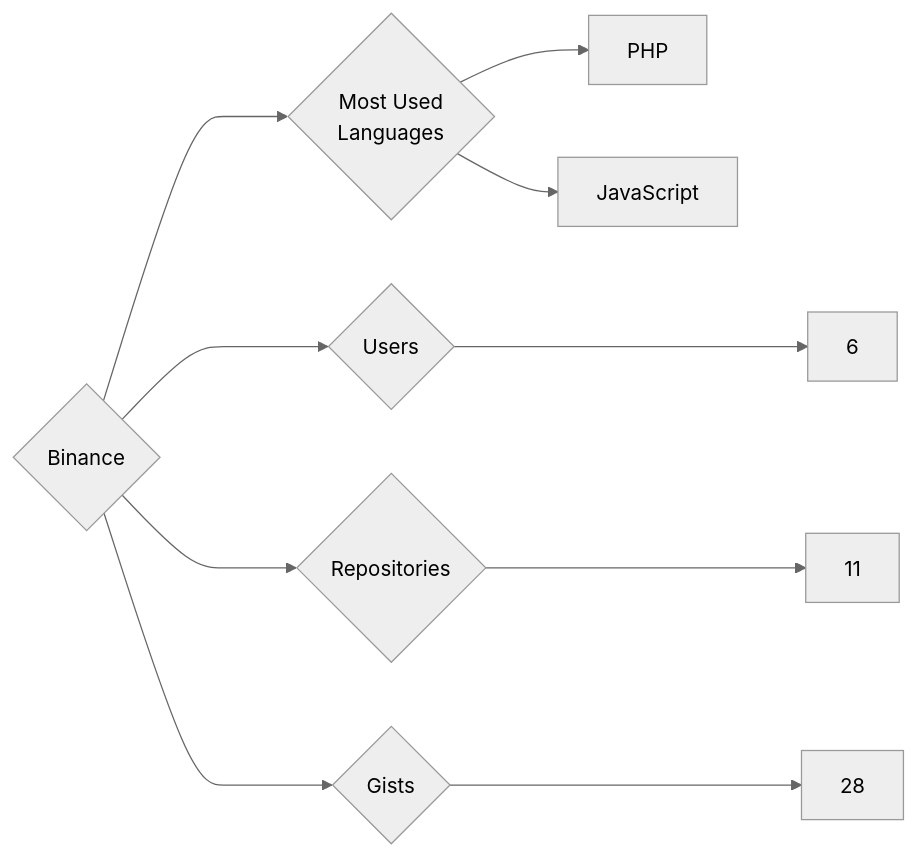
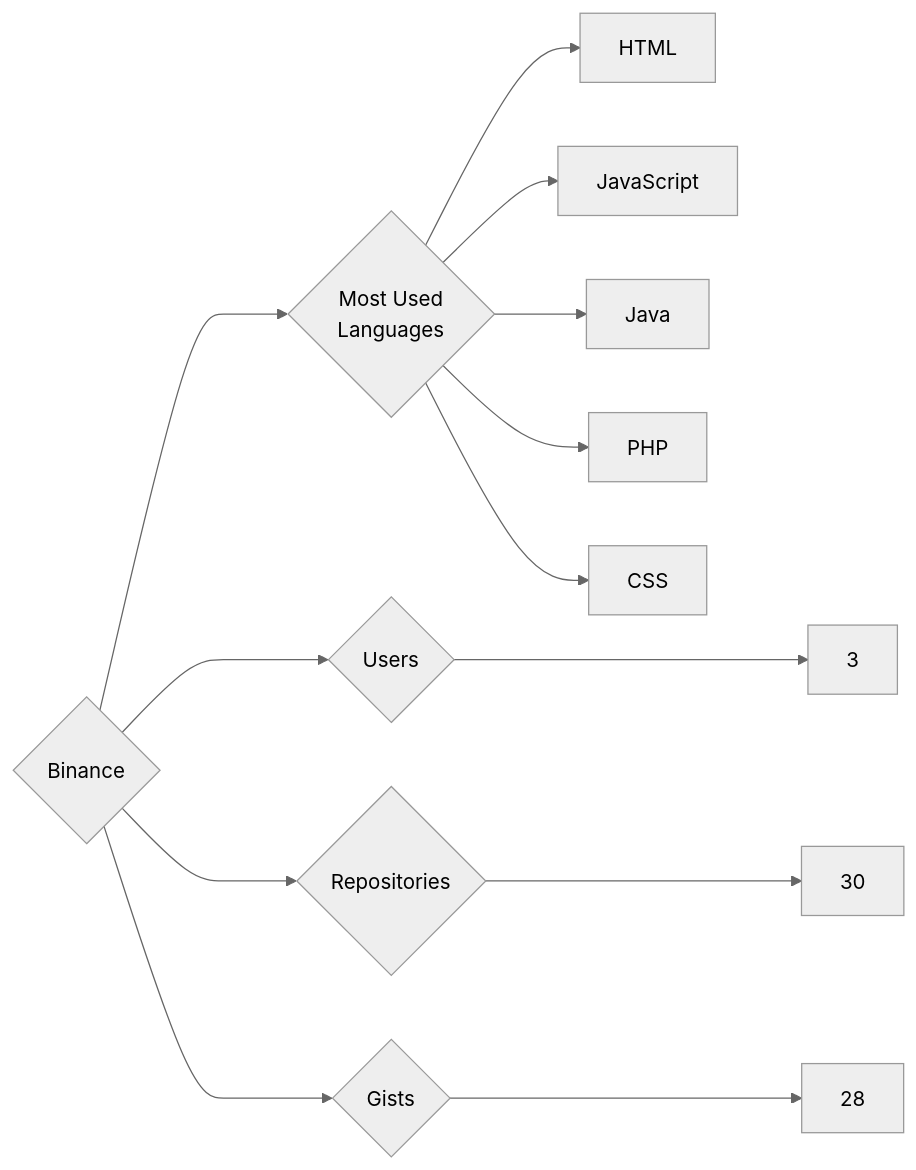
The diagram in targets/Binance/README.md (trickest/insiders), drawn with Mermaid (neutral theme) before and after one commit. The commit also changed 880 other files, not shown here.

````diff
--- a/targets/Binance/README.md
+++ b/targets/Binance/README.md
@@ -3,10 +3,13 @@
 ```mermaid
 graph LR
 COMPANY_NAME{Binance}
-COMPANY_NAME ---> U{Users} ---> UN[6]
-COMPANY_NAME ---> R{Repositories} ---> RN[11]
+COMPANY_NAME ---> U{Users} ---> UN[3]
+COMPANY_NAME ---> R{Repositories} ---> RN[30]
 COMPANY_NAME ---> G{Gists} ---> GN[28]
 COMPANY_NAME ---> ML{Most Used<br>Languages}
+ML --> HTML[HTML]
+ML --> JavaScript[JavaScript]
+ML --> Java[Java]
 ML --> PHP[PHP]
-ML --> JavaScript[JavaScript]
+ML --> CSS[CSS]
 ```
````
